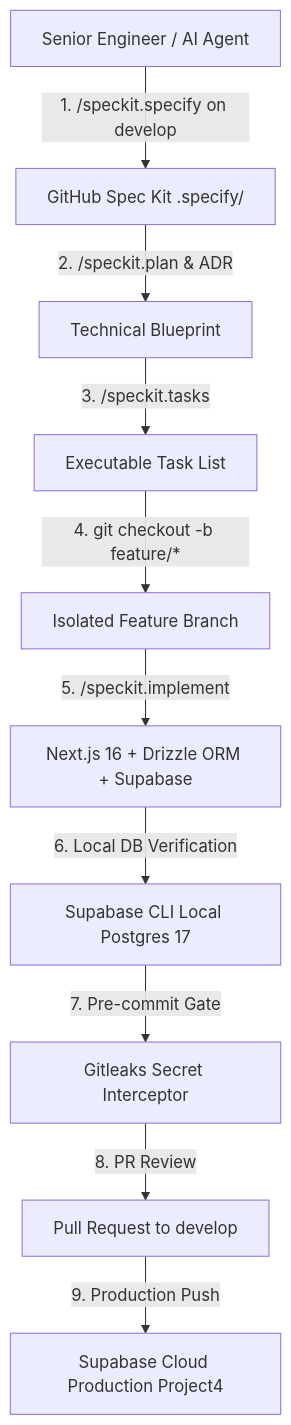
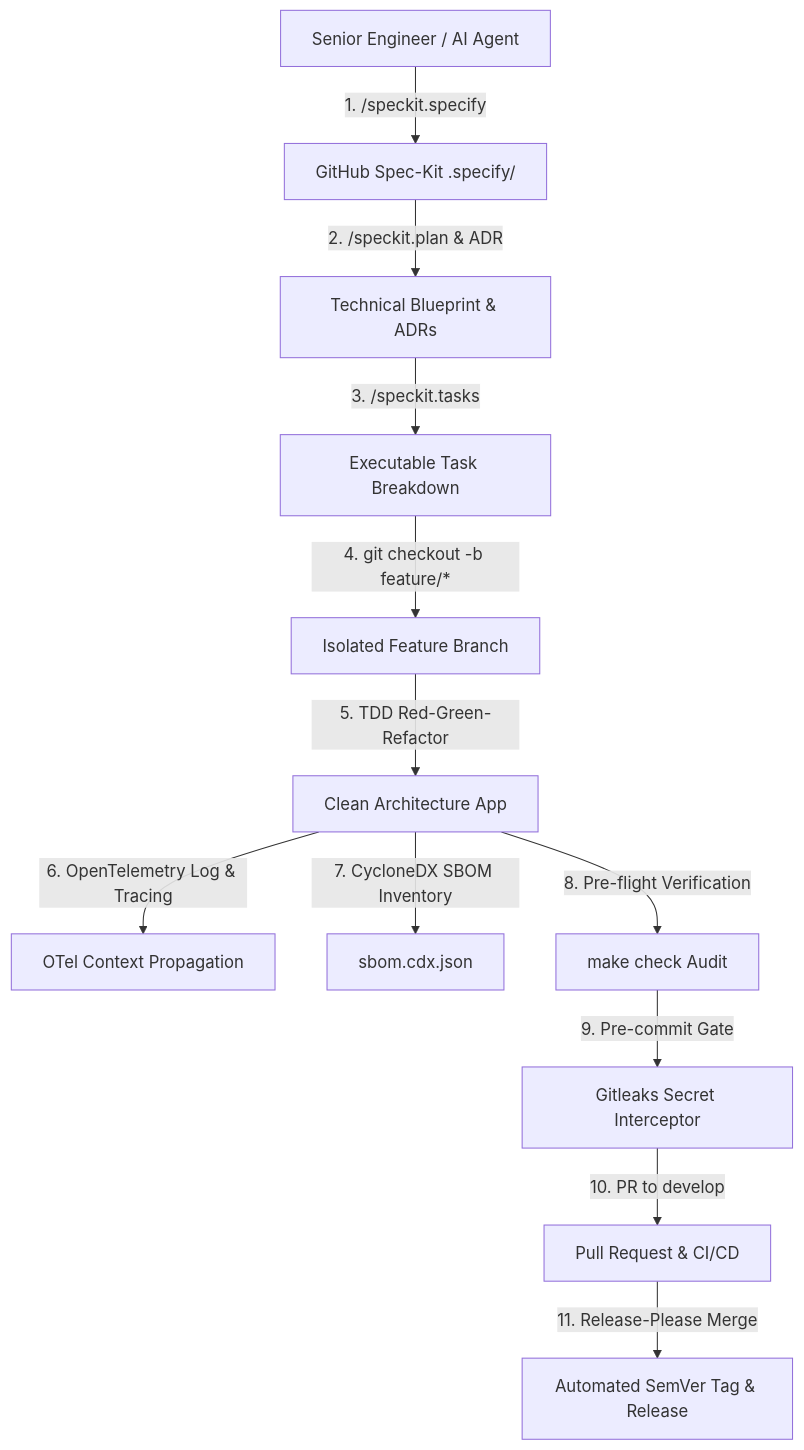
Before and after one commit to TiMO-ViP/Project4: the diagram in README.md, drawn with Mermaid. The commit also changed other lines of this file, not shown here.

First line of the commit message:
docs(develop): update 1 file(s) in develop

````diff
--- a/README.md
+++ b/README.md
@@ -28,12 +33,14 @@
 ```mermaid
 graph TD
-  User[Senior Engineer / AI Agent] -->|1. /speckit.specify on develop| SpecKit[GitHub Spec Kit .specify/]
-  SpecKit -->|2. /speckit.plan & ADR| Plan[Technical Blueprint]
-  Plan -->|3. /speckit.tasks| Tasks[Executable Task List]
+  User[Senior Engineer / AI Agent] -->|1. /speckit.specify| SpecKit[GitHub Spec-Kit .specify/]
+  SpecKit -->|2. /speckit.plan & ADR| Plan[Technical Blueprint & ADRs]
+  Plan -->|3. /speckit.tasks| Tasks[Executable Task Breakdown]
   Tasks -->|4. git checkout -b feature/*| FeatureBranch[Isolated Feature Branch]
-  FeatureBranch -->|5. /speckit.implement| App[Next.js 16 + Drizzle ORM + Supabase]
-  App -->|6. Local DB Verification| LocalDB[Supabase CLI Local Postgres 17]
-  LocalDB -->|7. Pre-commit Gate| Security[Gitleaks Secret Interceptor]
-  Security -->|8. PR Review| PR[Pull Request to develop]
-  PR -->|9. Production Push| CloudDB[Supabase Cloud Production Project4]
+  FeatureBranch -->|5. TDD Red-Green-Refactor| App[Clean Architecture App]
+  App -->|6. OpenTelemetry Log & Tracing| OTel[OTel Context Propagation]
+  App -->|7. CycloneDX SBOM Inventory| SBOM[sbom.cdx.json]
+  App -->|8. Pre-flight Verification| Check[make check Audit]
+  Check -->|9. Pre-commit Gate| Security[Gitleaks Secret Interceptor]
+  Security -->|10. PR to develop| PR[Pull Request & CI/CD]
+  PR -->|11. Release-Please Merge| Release[Automated SemVer Tag & Release]
 ```
````
